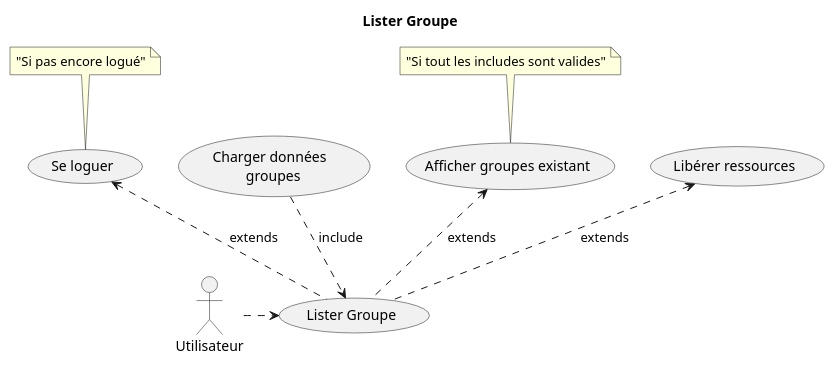
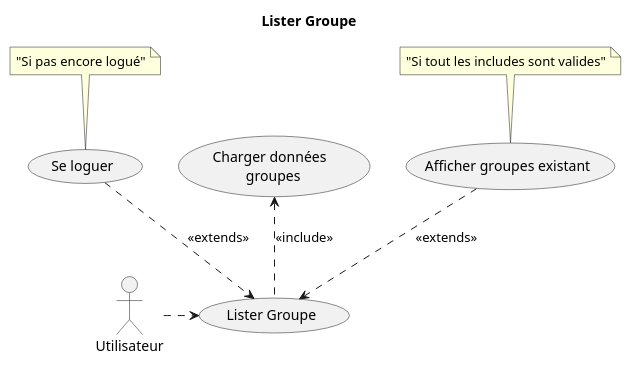
The diagram in docs/use_cases/ListerGroupe.puml (clementfvrl/projet_linux), drawn with PlantUML before and after one commit. The commit also changed 10 other files, not shown here.

```diff
--- a/docs/use_cases/ListerGroupe.puml
+++ b/docs/use_cases/ListerGroupe.puml
@@ -1,16 +1,15 @@
 @startuml
 title Lister Groupe
 actor Utilisateur as User 
 
-(Se loguer) <.. (Lister Groupe) : extends 
+(Se loguer) ..> (Lister Groupe) : << extends >>
 
 note top of  (Se loguer) : "Si pas encore logué"
 
 (User) .> (Lister Groupe) 
 
-(Charger données \n groupes) ..> (Lister Groupe)  : include
-(Afficher groupes existant) <.. (Lister Groupe) : extends
+(Charger données \n groupes) <.. (Lister Groupe)  : << include >>
+(Afficher groupes existant) ..> (Lister Groupe) : << extends >>
 note top of  (Afficher groupes existant) : "Si tout les includes sont valides"
-(Libérer ressources) <.. (Lister Groupe) : extends
 
 @enduml
```
